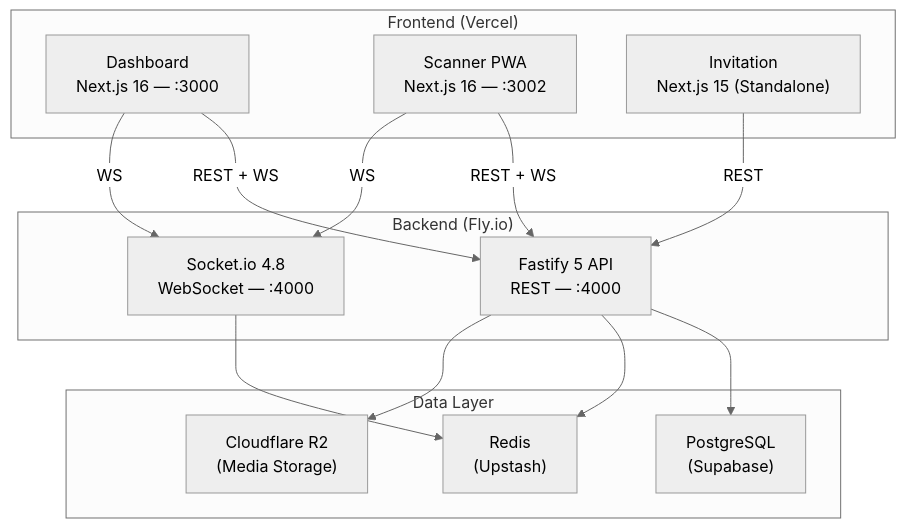
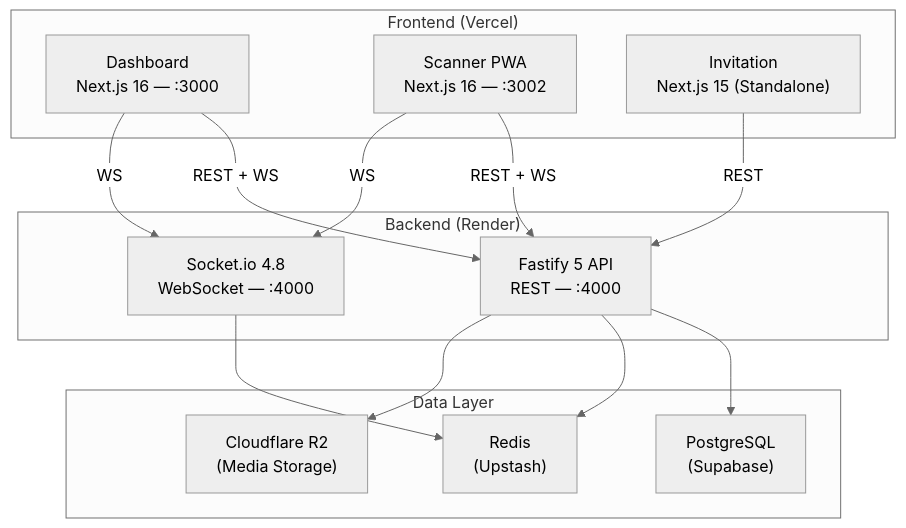
One commit to maru-story/wedding-ecosystem changed the first of 9 diagrams in .agents/summary/architecture.md. Above: the diagram before and after it, drawn with Mermaid (neutral theme). The commit also changed other lines of this file and 6 other files, not shown here.

Commit message:
docs: update deployment architecture and setup guides from Fly.io to Render

````diff
--- a/.agents/summary/architecture.md
+++ b/.agents/summary/architecture.md
@@ -5,30 +5,30 @@
 ```mermaid
 graph TB
     subgraph "Frontend (Vercel)"
         Dashboard["Dashboard<br/>Next.js 16 — :3000"]
         Scanner["Scanner PWA<br/>Next.js 16 — :3002"]
         Invitation["Invitation<br/>Next.js 15 (Standalone)"]
     end
 
-    subgraph "Backend (Fly.io)"
+    subgraph "Backend (Render)"
         API["Fastify 5 API<br/>REST — :4000"]
         WS["Socket.io 4.8<br/>WebSocket — :4000"]
     end
 
     subgraph "Data Layer"
         PG["PostgreSQL<br/>(Supabase)"]
         Redis["Redis<br/>(Upstash)"]
         R2["Cloudflare R2<br/>(Media Storage)"]
     end
 
     Dashboard -->|REST + WS| API
     Dashboard -->|WS| WS
     Invitation -->|REST| API
     Scanner -->|REST + WS| API
     Scanner -->|WS| WS
 
     API --> PG
     API --> Redis
     API --> R2
     WS --> Redis
 ```
````
